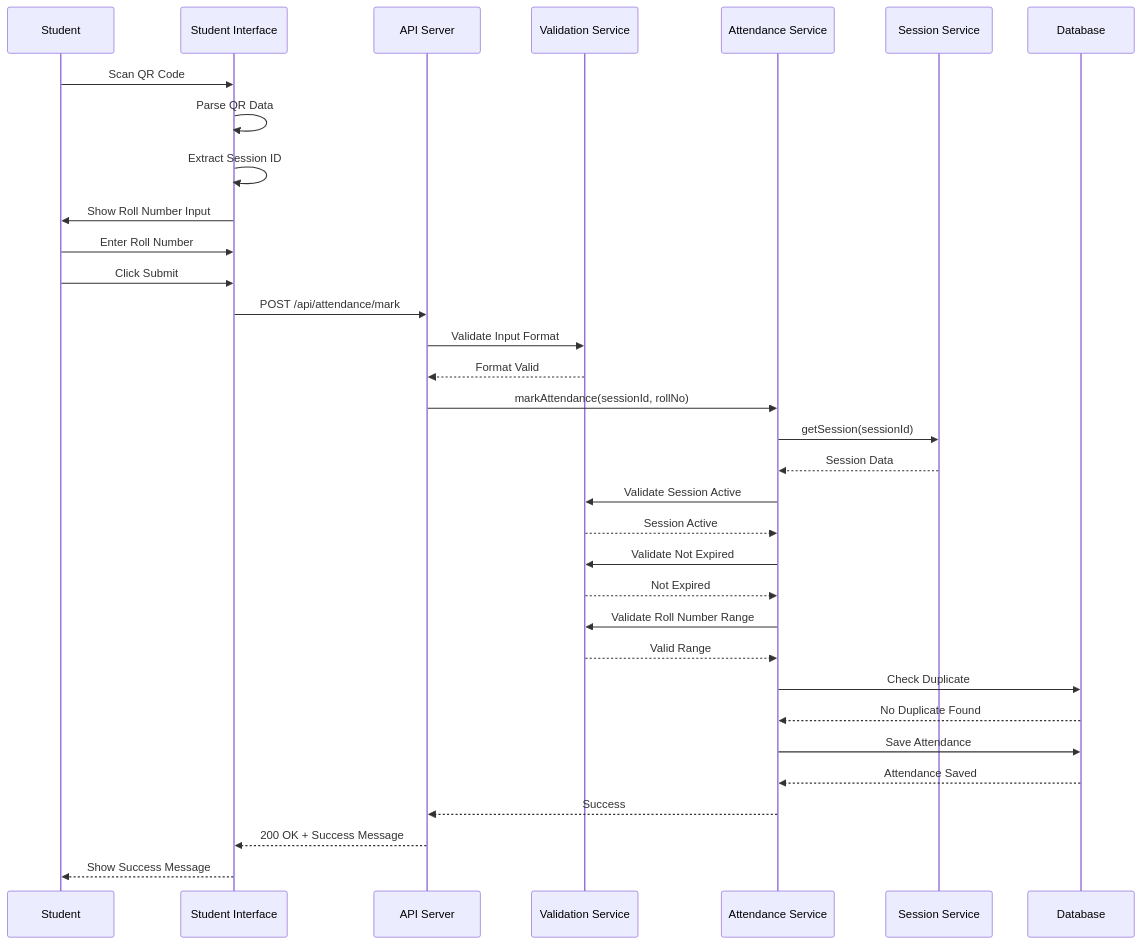
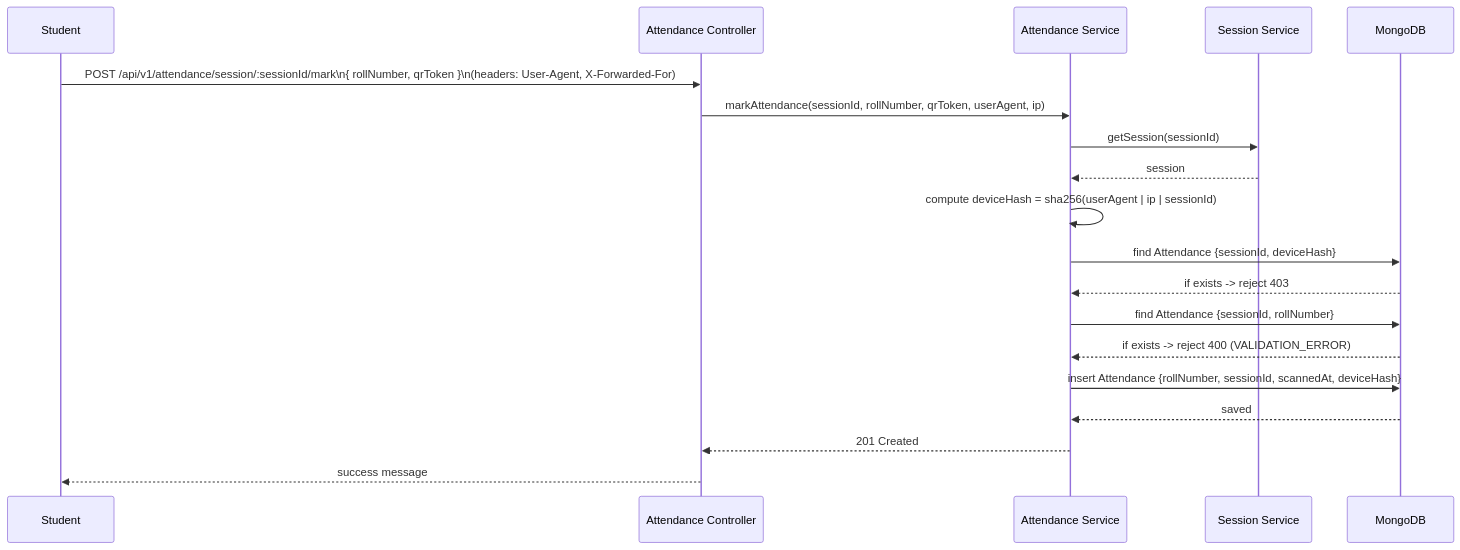
One commit to abhakeemshah/attendRevolution changed the third of 7 diagrams in FLOWCHARTS.md. Above: the diagram before and after it, drawn with Mermaid. The commit also changed other lines of this file and 5 other files, not shown here.

First line of the commit message:
docs: update README, architecture, flowcharts to match current backend

````diff
--- a/FLOWCHARTS.md
+++ b/FLOWCHARTS.md
@@ -138,45 +40,22 @@
 ```mermaid
 sequenceDiagram
-    participant S as Student
-    participant UI as Student Interface
-    participant API as API Server
-    participant VS as Validation Service
-    participant AS as Attendance Service
-    participant SS as Session Service
-    participant DB as Database
-    
-    S->>UI: Scan QR Code
-    UI->>UI: Parse QR Data
-    UI->>UI: Extract Session ID
-    UI->>S: Show Roll Number Input
-    
-    S->>UI: Enter Roll Number
-    S->>UI: Click Submit
-    UI->>API: POST /api/attendance/mark
-    
-    API->>VS: Validate Input Format
-    VS-->>API: Format Valid
-    
-    API->>AS: markAttendance(sessionId, rollNo)
-    AS->>SS: getSession(sessionId)
-    SS-->>AS: Session Data
-    
-    AS->>VS: Validate Session Active
-    VS-->>AS: Session Active
-    
-    AS->>VS: Validate Not Expired
-    VS-->>AS: Not Expired
-    
-    AS->>VS: Validate Roll Number Range
-    VS-->>AS: Valid Range
-    
-    AS->>DB: Check Duplicate
-    DB-->>AS: No Duplicate Found
-    
-    AS->>DB: Save Attendance
-    DB-->>AS: Attendance Saved
-    
-    AS-->>API: Success
-    API-->>UI: 200 OK + Success Message
-    UI-->>S: Show Success Message
+  participant S as Student
+  participant API as Attendance Controller
+  participant AS as Attendance Service
+  participant SS as Session Service
+  participant DB as MongoDB
+
+  S->>API: POST /api/v1/attendance/session/:sessionId/mark\n{ rollNumber, qrToken }\n(headers: User-Agent, X-Forwarded-For)
+  API->>AS: markAttendance(sessionId, rollNumber, qrToken, userAgent, ip)
+  AS->>SS: getSession(sessionId)
+  SS-->>AS: session
+  AS->>AS: compute deviceHash = sha256(userAgent | ip | sessionId)
+  AS->>DB: find Attendance {sessionId, deviceHash}
+  DB-->>AS: if exists -> reject 403
+  AS->>DB: find Attendance {sessionId, rollNumber}
+  DB-->>AS: if exists -> reject 400 (VALIDATION_ERROR)
+  AS->>DB: insert Attendance {rollNumber, sessionId, scannedAt, deviceHash}
+  DB-->>AS: saved
+  AS-->>API: 201 Created
+  API-->>S: success message
 ```
````
